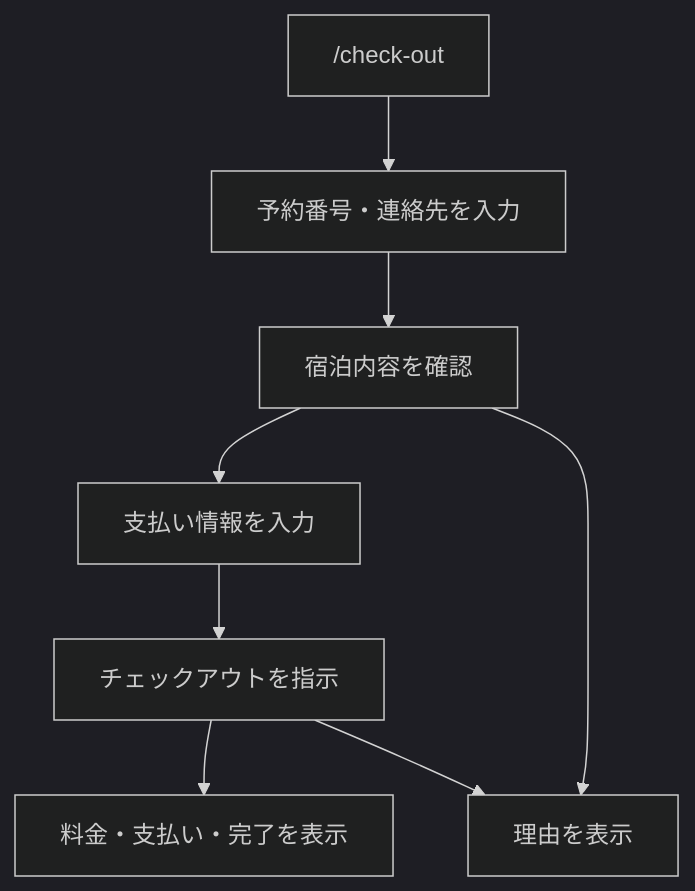
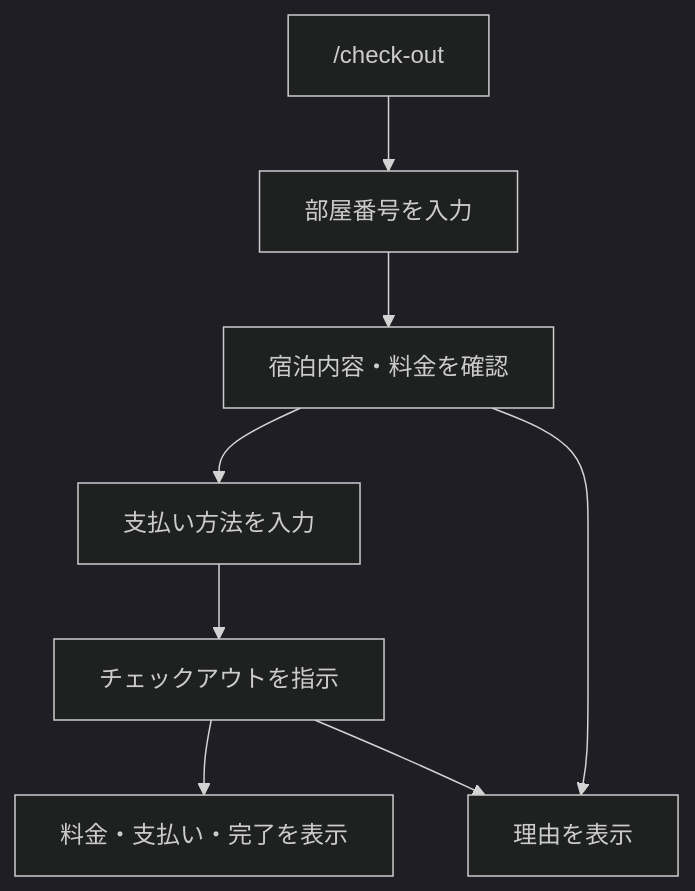
The fourth of 5 diagrams in docs/architecture-design/ui-routing-design.md (97kuek/HRS), drawn with Mermaid (dark theme) before and after one commit. The commit also changed other lines of this file and 11 other files, not shown here.

````diff
--- a/docs/architecture-design/ui-routing-design.md
+++ b/docs/architecture-design/ui-routing-design.md
@@ -130,15 +131,15 @@
 ```mermaid
 flowchart TD
     start["/check-out"]
-    input["予約番号・連絡先を入力"]
-    lookup["宿泊内容を確認"]
-    payment["支払い情報を入力"]
+    input["部屋番号を入力"]
+    quote["宿泊内容・料金を確認"]
+    payment["支払い方法を入力"]
     submit["チェックアウトを指示"]
     complete["料金・支払い・完了を表示"]
     error["理由を表示"]
 
-    start --> input --> lookup --> payment --> submit
+    start --> input --> quote --> payment --> submit
     submit --> complete
-    lookup --> error
+    quote --> error
     submit --> error
 ```
````
